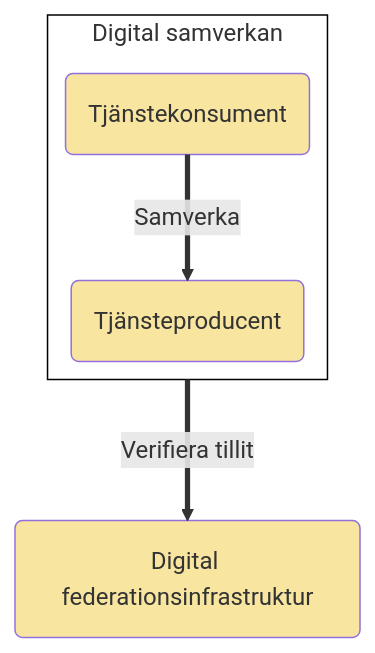
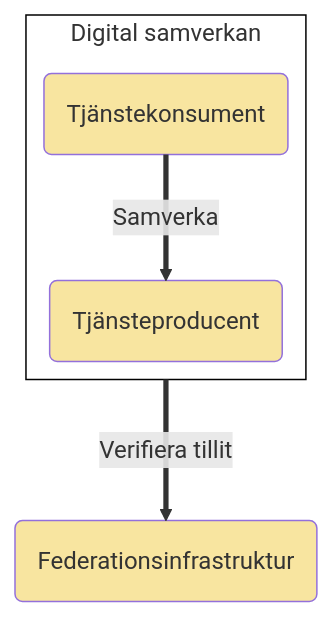
One commit to diggsweden/ena-authorization changed the second of 11 diagrams in architecture/drafts/IAM_TargetArchitecture_Sweden.md. Above: the diagram before and after it, drawn with Mermaid. The commit also changed other lines of this file, not shown here.

````diff
--- a/architecture/drafts/IAM_TargetArchitecture_Sweden.md
+++ b/architecture/drafts/IAM_TargetArchitecture_Sweden.md
@@ -74,24 +74,24 @@
 ```mermaid
 %%{init: {"flowchart": {"defaultRenderer": "elk"}} }%%
 flowchart TB
 
 classDef org fill:#F8E5A0
 classDef comp fill:#CCE1FF
 classDef box fill:#ffffff,stroke:#000000
 
 subgraph is[Digital samverkan]
     po(Tjänsteproducent)
     po:::org
 
     co(Tjänstekonsument)
     co:::org
 
     co==Samverka==>po
 end
 is:::box
 
-ss(Digital federationsinfrastruktur)
+ss(Federationsinfrastruktur)
 ss:::org
 
 is==Verifiera tillit==>ss
 ```
````
